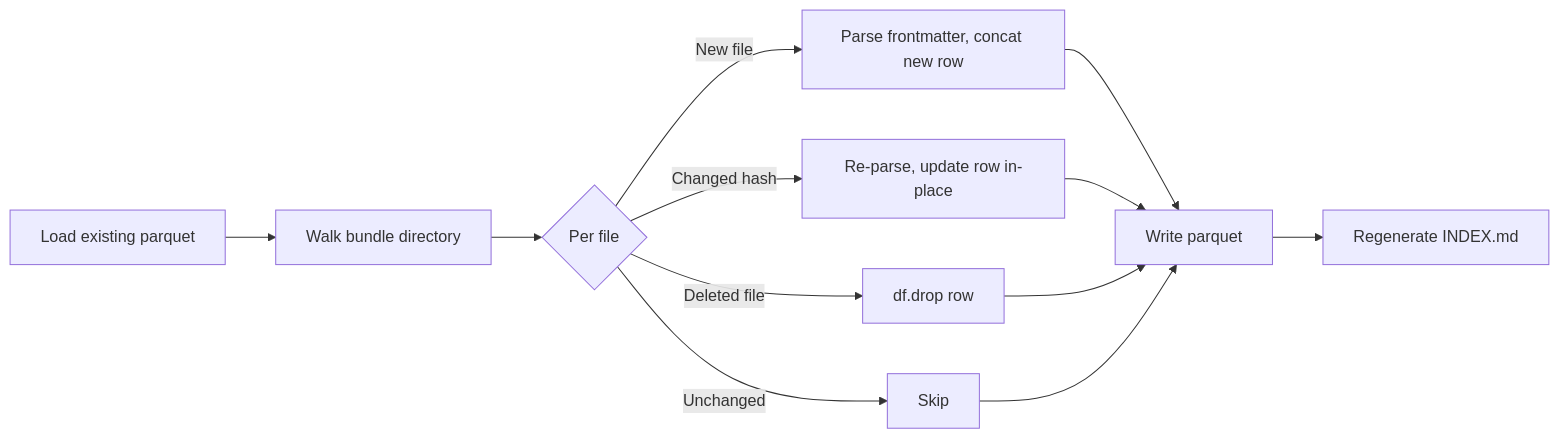
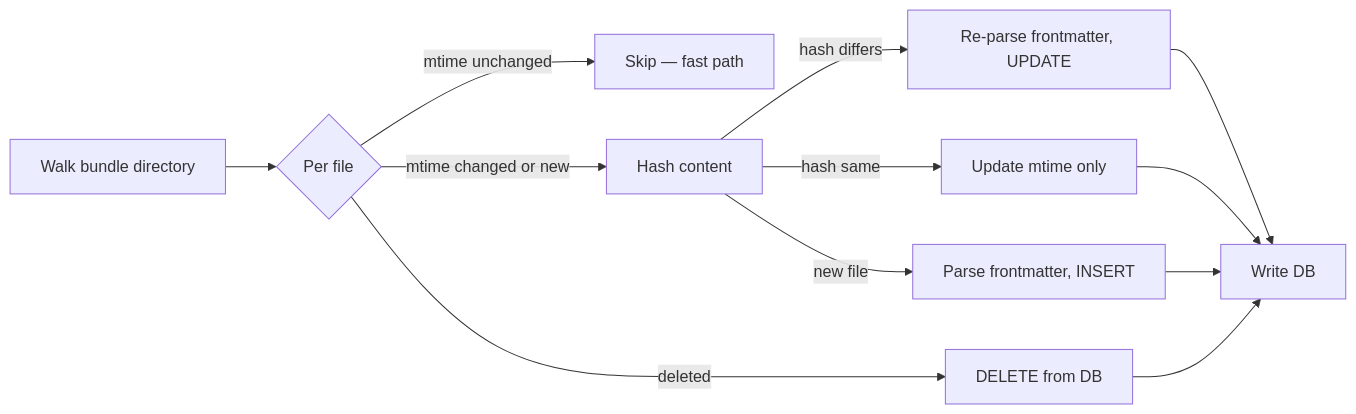
The second of 2 diagrams in planning/design.md (ChenchaoZhao/wiki-skills), drawn with Mermaid before and after one commit. The commit also changed other lines of this file and 1 other file, not shown here.

First line of the commit message:
refactor: switch state from parquet to SQLite, use content hashing for incremental rebuild

````diff
--- a/planning/design.md
+++ b/planning/design.md
@@ -236,14 +300,14 @@
 ```mermaid
 flowchart LR
-    A[Load existing parquet] --> B[Walk bundle directory]
-    B --> C{Per file}
-    C -->|New file| D[Parse frontmatter, concat new row]
-    C -->|Changed hash| E[Re-parse, update row in-place]
-    C -->|Deleted file| F[df.drop row]
-    C -->|Unchanged| G[Skip]
-    D --> H[Write parquet]
-    E --> H
-    F --> H
-    G --> H
-    H --> I[Regenerate INDEX.md]
+    A[Walk bundle directory] --> B{Per file}
+    B -->|mtime unchanged| C[Skip — fast path]
+    B -->|mtime changed or new| D[Hash content]
+    D -->|hash differs| E[Re-parse frontmatter, UPDATE]
+    D -->|hash same| F[Update mtime only]
+    D -->|new file| G[Parse frontmatter, INSERT]
+    B -->|deleted| H[DELETE from DB]
+    E --> I[Write DB]
+    F --> I
+    G --> I
+    H --> I
 ```
````
